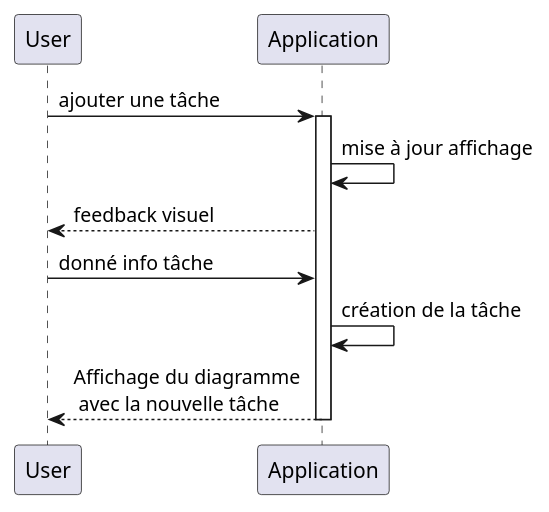
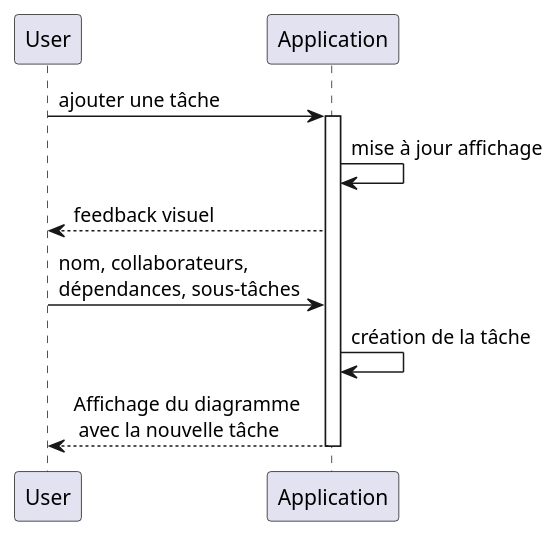
One commit to Fiera42/SAE-3.01-D-veloppement-d-applications changed the diagram in project/ressource/diagrammes/analyse/Sequence_cree_tache.puml. Above: the diagram before and after it, drawn with PlantUML. The commit also changed 1 other file, not shown here.

```diff
--- a/project/ressource/diagrammes/analyse/Sequence_cree_tache.puml
+++ b/project/ressource/diagrammes/analyse/Sequence_cree_tache.puml
@@ -1,14 +1,14 @@
 @startuml
 
 User -> Application : ajouter une tâche
 activate Application
 
 Application -> Application : mise à jour affichage
 User <-- Application : feedback visuel
 
-User -> Application : donné info tâche
+User -> Application : nom, collaborateurs,\ndépendances, sous-tâches
 Application -> Application : création de la tâche
 User <-- Application : Affichage du diagramme \n avec la nouvelle tâche
 deactivate Application
 
 @enduml
```
